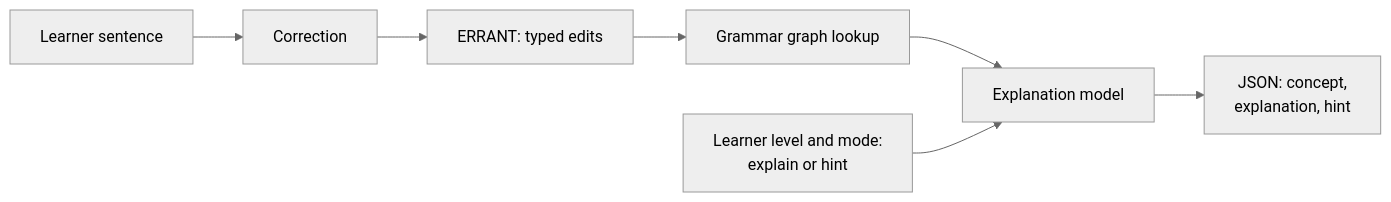
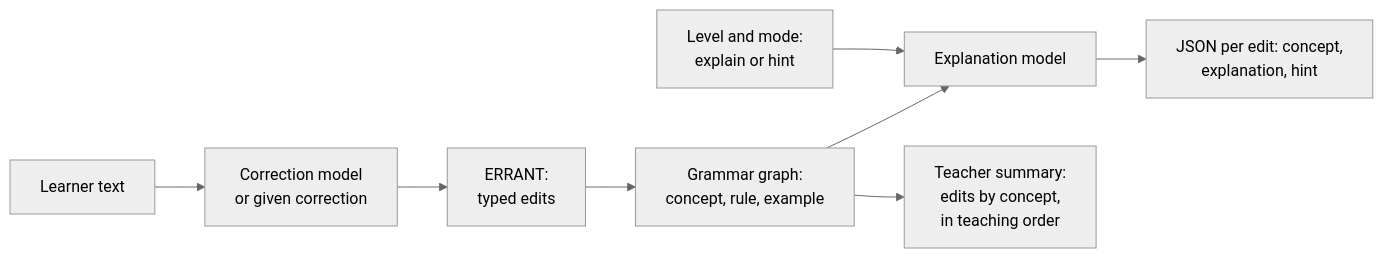
One commit to m-555/explain-to-learn changed the diagram in README.md. Above: the diagram before and after it, drawn with Mermaid (neutral theme). The commit also changed other lines of this file, not shown here.

````diff
--- a/README.md
+++ b/README.md
@@ -15,9 +21,10 @@
 ```mermaid
 flowchart LR
-    S[Learner sentence] --> C[Correction]
-    C --> E[ERRANT: typed edits]
-    E --> G[Grammar graph lookup]
+    T[Learner text] --> C[Correction model<br/>or given correction]
+    C --> E[ERRANT:<br/>typed edits]
+    E --> G[Grammar graph:<br/>concept, rule, example]
     G --> M[Explanation model]
-    L[Learner level and mode:<br/>explain or hint] --> M
-    M --> O[JSON: concept,<br/>explanation, hint]
+    L[Level and mode:<br/>explain or hint] --> M
+    M --> O[JSON per edit: concept,<br/>explanation, hint]
+    G --> S[Teacher summary:<br/>edits by concept,<br/>in teaching order]
 ```
````
